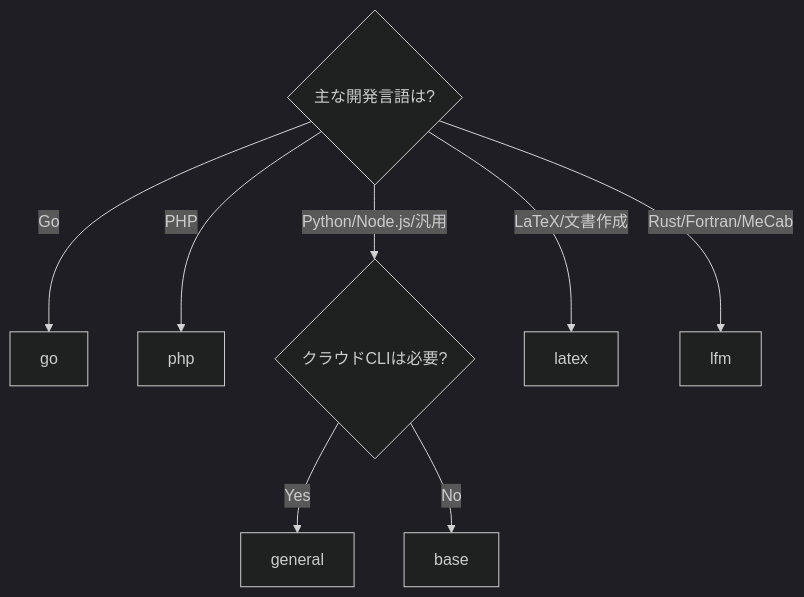
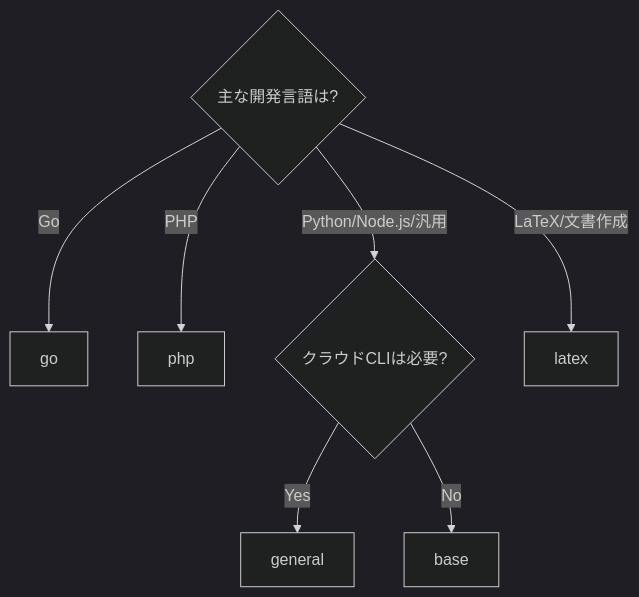
Before and after one commit to devbasex/devbase: the third of 3 diagrams in docs/plugin-dev/compose-yml-guidelines.md, drawn with Mermaid (dark theme). The commit also changed other lines of this file and 4 other files, not shown here.

````diff
--- a/docs/plugin-dev/compose-yml-guidelines.md
+++ b/docs/plugin-dev/compose-yml-guidelines.md
@@ -142,11 +142,10 @@
 ```mermaid
 flowchart TD
     Q1{主な開発言語は?}
     Q1 -->|Go| IMG_GO["go"]
     Q1 -->|PHP| IMG_PHP["php"]
     Q1 -->|Python/Node.js/汎用| Q2{クラウドCLIは必要?}
     Q1 -->|LaTeX/文書作成| IMG_LATEX["latex"]
-    Q1 -->|Rust/Fortran/MeCab| IMG_LFM["lfm"]
     Q2 -->|Yes| IMG_GENERAL["general"]
     Q2 -->|No| IMG_BASE["base"]
 ```
````
